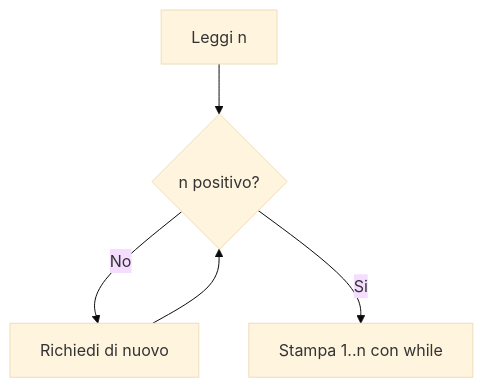
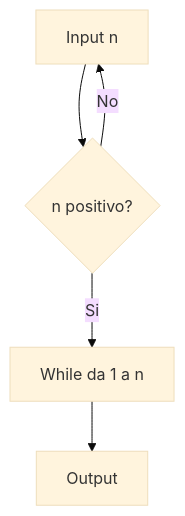
One commit to lucadagati/Lab_Fondamenti_di_Informatica_25_26 changed the sixth of 20 diagrams in 04-python-jupyter-analisi-biomedica/README.md. Above: the diagram before and after it, drawn with Mermaid (base theme). The commit also changed other lines of this file, not shown here.

First line of the commit message:
README Lab 4: diagrammi separati per Jupyter e Python

````diff
--- a/04-python-jupyter-analisi-biomedica/README.md
+++ b/04-python-jupyter-analisi-biomedica/README.md
@@ -94,7 +115,7 @@
 ```mermaid
 flowchart TD
-    A[Leggi n] --> B{n positivo?}
-    B -- No --> C[Richiedi di nuovo]
-    C --> B
-    B -- Si --> D[Stampa 1..n con while]
+    A[Input n] --> B{n positivo?}
+    B -- No --> A
+    B -- Si --> C[While da 1 a n]
+    C --> D[Output]
 ```
````
